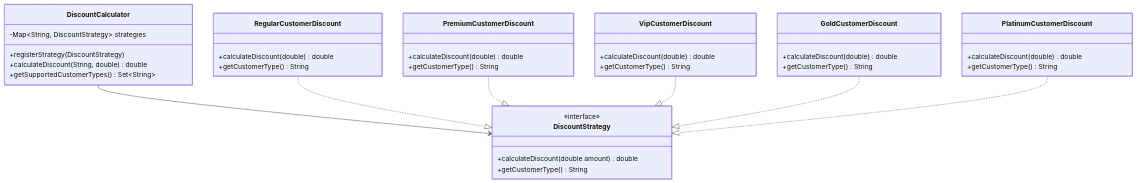
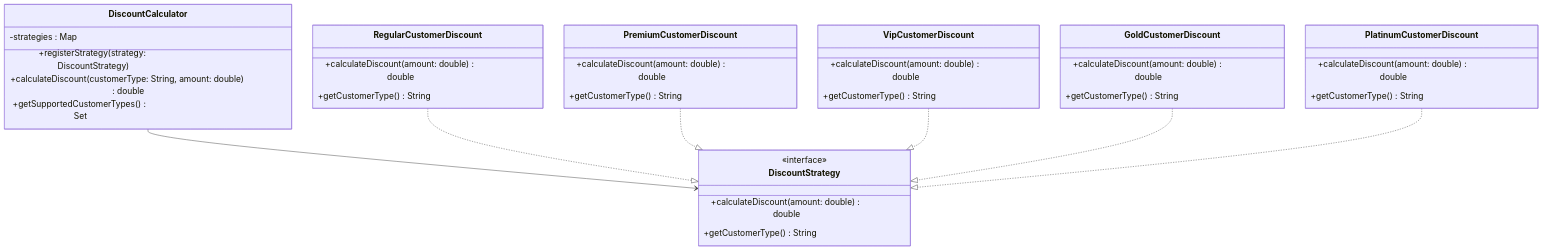
The second of 2 diagrams in LLD/02-solid-principles/02-ocp.md (krishjha1121/Prep), drawn with Mermaid before and after one commit. The commit also changed other lines of this file and 2 other files, not shown here.

````diff
--- a/LLD/02-solid-principles/02-ocp.md
+++ b/LLD/02-solid-principles/02-ocp.md
@@ -217,47 +217,48 @@
 ```mermaid
+%%{init: {'theme': 'default', 'themeVariables': { 'fontSize': '20px', 'lineHeight': '24px', 'nodeSpacing': 50, 'rankSpacing': 80 }}}%%
 classDiagram
     class DiscountStrategy {
         <<interface>>
-        +calculateDiscount(double amount) double
+        +calculateDiscount(amount: double) double
         +getCustomerType() String
     }
-    
+
     class DiscountCalculator {
-        -Map~String, DiscountStrategy~ strategies
-        +registerStrategy(DiscountStrategy)
-        +calculateDiscount(String, double) double
-        +getSupportedCustomerTypes() Set~String~
+        -strategies : Map<String, DiscountStrategy>
+        +registerStrategy(strategy: DiscountStrategy)
+        +calculateDiscount(customerType: String, amount: double) double
+        +getSupportedCustomerTypes() Set<String>
     }
-    
+
     class RegularCustomerDiscount {
-        +calculateDiscount(double) double
+        +calculateDiscount(amount: double) double
         +getCustomerType() String
     }
-    
+
     class PremiumCustomerDiscount {
-        +calculateDiscount(double) double
+        +calculateDiscount(amount: double) double
         +getCustomerType() String
     }
-    
+
     class VipCustomerDiscount {
-        +calculateDiscount(double) double
+        +calculateDiscount(amount: double) double
         +getCustomerType() String
     }
-    
+
     class GoldCustomerDiscount {
-        +calculateDiscount(double) double
+        +calculateDiscount(amount: double) double
         +getCustomerType() String
     }
-    
+
     class PlatinumCustomerDiscount {
-        +calculateDiscount(double) double
+        +calculateDiscount(amount: double) double
         +getCustomerType() String
     }
-    
+
     DiscountCalculator --> DiscountStrategy
     RegularCustomerDiscount ..|> DiscountStrategy
     PremiumCustomerDiscount ..|> DiscountStrategy
     VipCustomerDiscount ..|> DiscountStrategy
     GoldCustomerDiscount ..|> DiscountStrategy
     PlatinumCustomerDiscount ..|> DiscountStrategy
 ```
````
